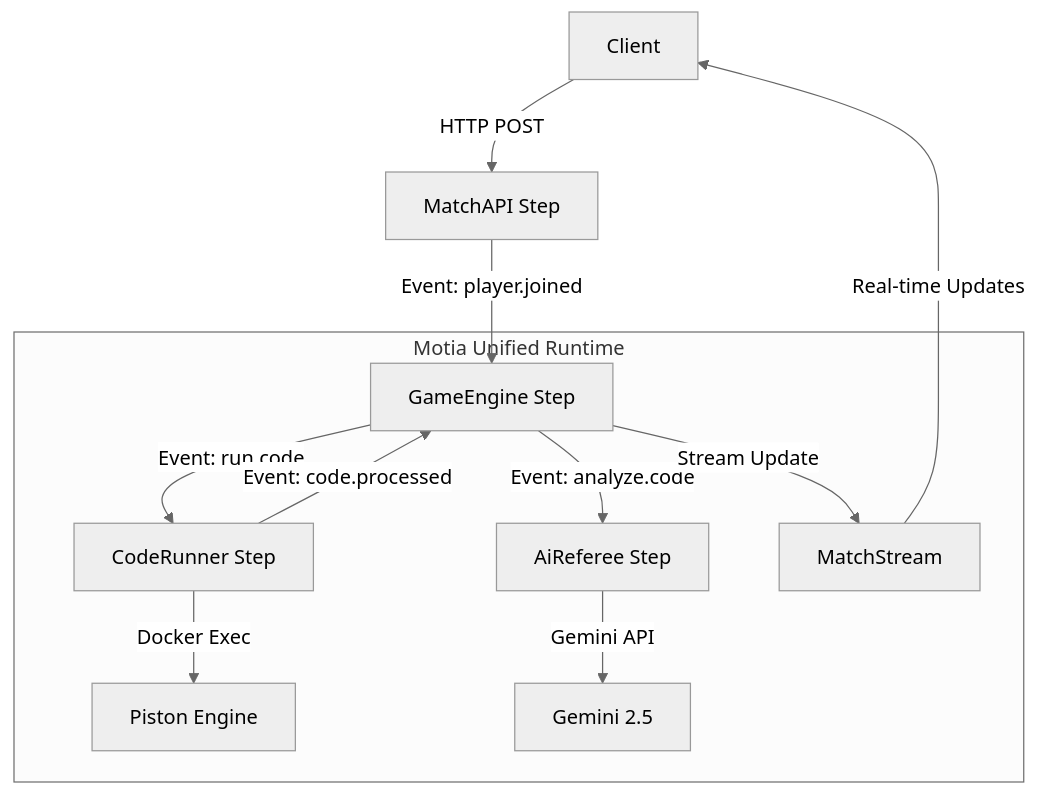
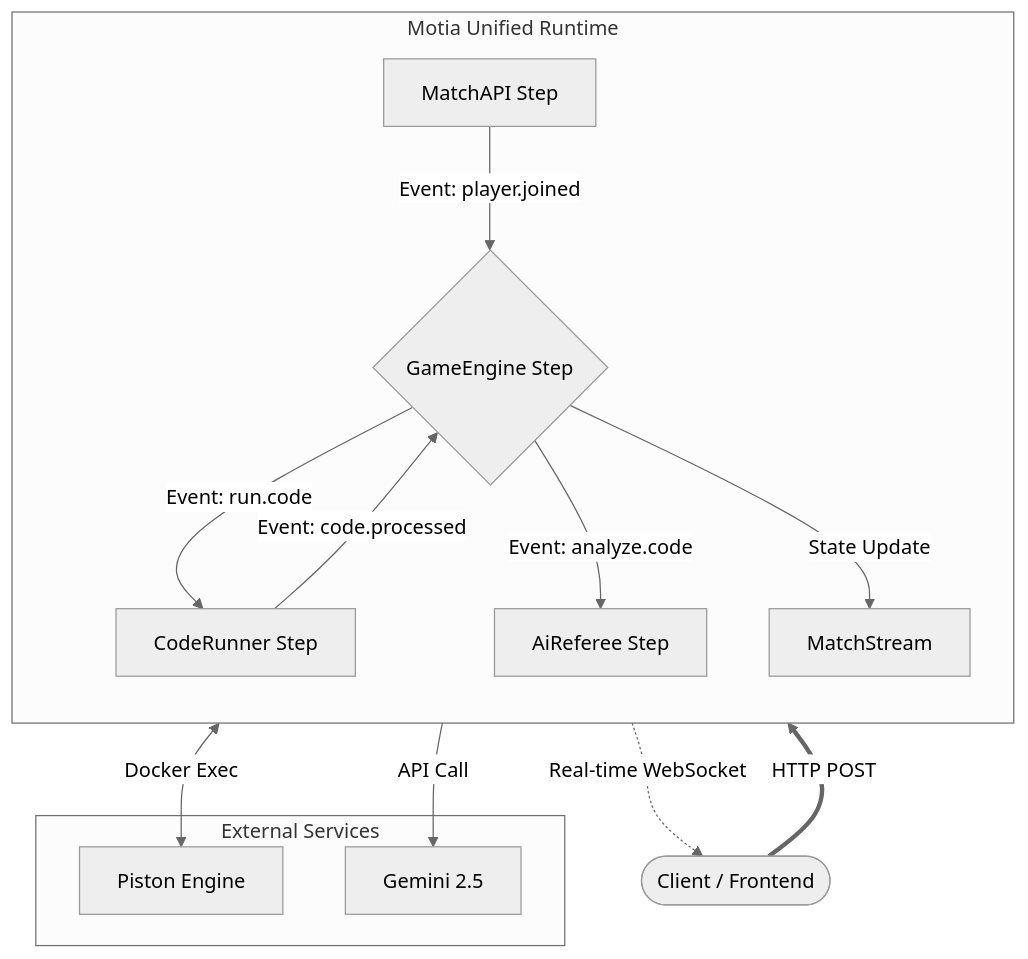
Before and after one commit to sambhandavale/code-battle: the diagram in readme.md, drawn with Mermaid (neutral theme).

`````diff
--- a/readme.md
+++ b/readme.md
@@ -76,18 +76,36 @@
 ```mermaid
 graph TD
-    User[Client] -->|HTTP POST| API[MatchAPI Step]
-    API -->|Event: player.joined| Engine[GameEngine Step]
+    %% Nodes
+    User([Client / Frontend])
 
     subgraph "Motia Unified Runtime"
-        Engine -->|Event: run.code| Runner[CodeRunner Step]
-        Runner -->|Docker Exec| Piston[Piston Engine]
-        Runner -->|Event: code.processed| Engine
-
-        Engine -->|Event: analyze.code| Referee[AiReferee Step]
-        Referee -->|Gemini API| AI[Gemini 2.5]
-
-        Engine -->|Stream Update| Stream[MatchStream]
+        direction TB
+        API[MatchAPI Step]
+        Engine{GameEngine Step}
+        Runner[CodeRunner Step]
+        Referee[AiReferee Step]
+        Stream[MatchStream]
     end
 
-    Stream -->|Real-time Updates| User
+    subgraph "External Services"
+        Piston[Piston Engine]
+        AI[Gemini 2.5]
+    end
+
+    %% Main Input Flow
+    User ==>|HTTP POST| API
+    API -->|Event: player.joined| Engine
+
+    %% Worker Flows
+    Engine -->|Event: run.code| Runner
+    Runner <-->|Docker Exec| Piston
+    Runner -->|Event: code.processed| Engine
+
+    %% AI Logic
+    Engine -->|Event: analyze.code| Referee
+    Referee -->|API Call| AI
+
+    %% Output Stream
+    Engine -->|State Update| Stream
+    Stream -.->|Real-time WebSocket| User
 ````
`````
